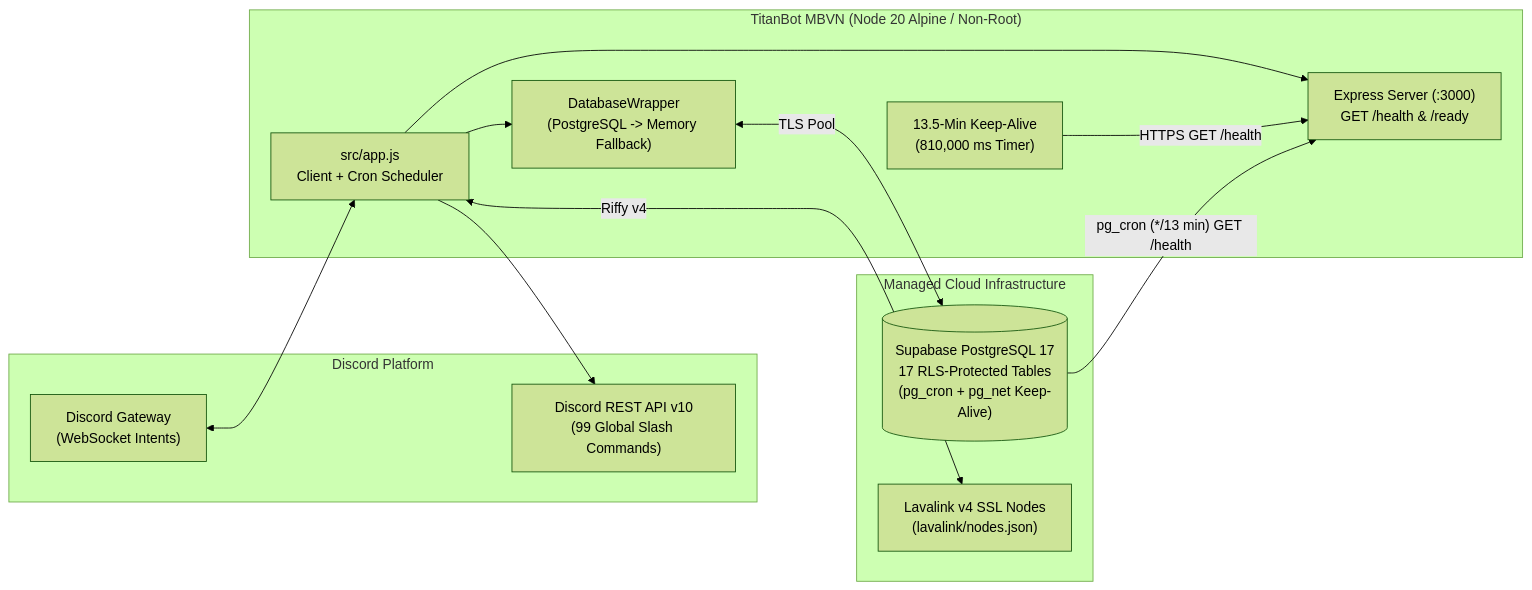
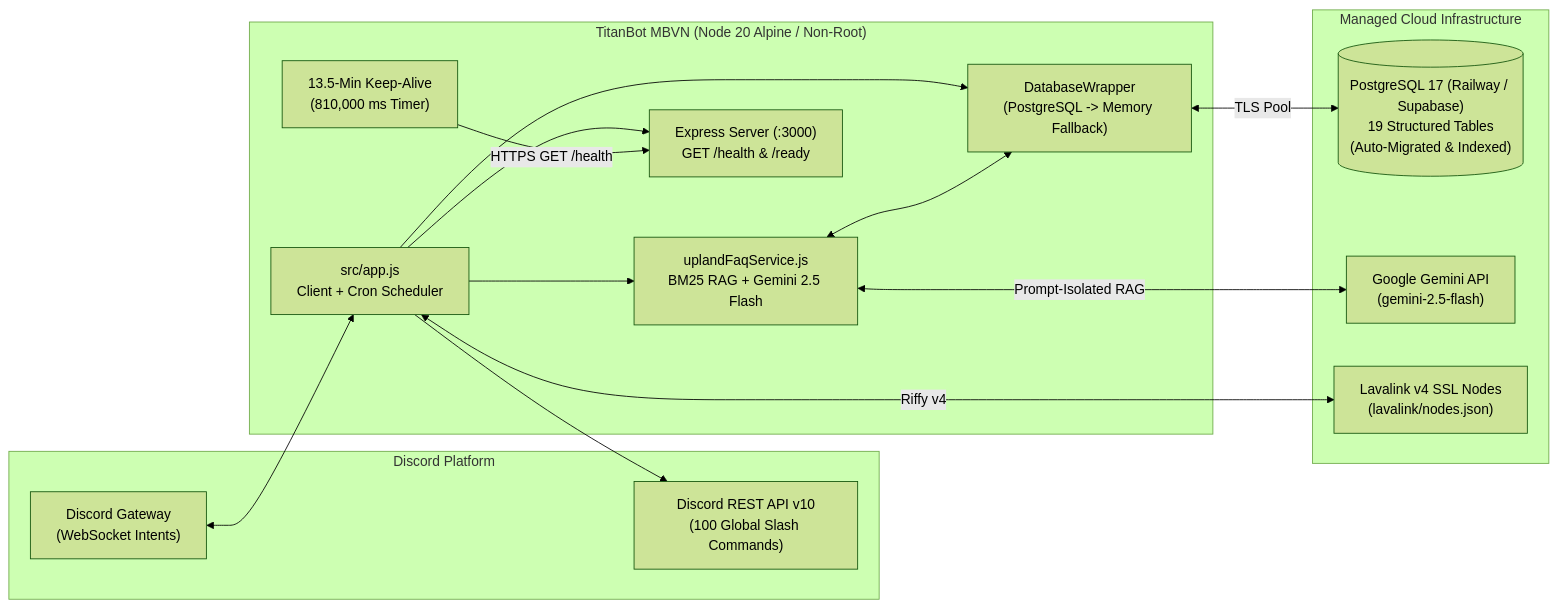
The diagram in README.md (2SMOGss/TitanBot_MBVN), drawn with Mermaid (forest theme) before and after one commit. The commit also changed other lines of this file and 9 other files, not shown here.

````diff
--- a/README.md
+++ b/README.md
@@ -27,28 +33,32 @@
 ```mermaid
 flowchart LR
     subgraph Discord["Discord Platform"]
         GW["Discord Gateway<br/>(WebSocket Intents)"]
-        REST["Discord REST API v10<br/>(99 Global Slash Commands)"]
+        REST["Discord REST API v10<br/>(100 Global Slash Commands)"]
     end
 
     subgraph Runtime["TitanBot MBVN (Node 20 Alpine / Non-Root)"]
         APP["src/app.js<br/>Client + Cron Scheduler"]
+        FAQ["uplandFaqService.js<br/>BM25 RAG + Gemini 2.5 Flash"]
         HTTP["Express Server (:3000)<br/>GET /health & /ready"]
         KEEP["13.5-Min Keep-Alive<br/>(810,000 ms Timer)"]
         DBW["DatabaseWrapper<br/>(PostgreSQL -> Memory Fallback)"]
     end
 
     subgraph Infra["Managed Cloud Infrastructure"]
-        SUPA[("Supabase PostgreSQL 17<br/>17 RLS-Protected Tables<br/>(pg_cron + pg_net Keep-Alive)")]
+        PG[("PostgreSQL 17 (Railway / Supabase)<br/>19 Structured Tables<br/>(Auto-Migrated & Indexed)")]
+        GEMINI["Google Gemini API<br/>(gemini-2.5-flash)"]
         LAVA["Lavalink v4 SSL Nodes<br/>(lavalink/nodes.json)"]
     end
 
     GW <--> APP
     APP --> REST
+    APP --> FAQ
+    FAQ <-->|"Prompt-Isolated RAG"| GEMINI
     APP --> HTTP
     KEEP -->|"HTTPS GET /health"| HTTP
-    SUPA -->|"pg_cron (*/13 min) GET /health"| HTTP
     APP --> DBW
-    DBW <-->|"TLS Pool"| SUPA
+    FAQ <--> DBW
+    DBW <-->|"TLS Pool"| PG
     APP <-->|"Riffy v4"| LAVA
 ```
````
